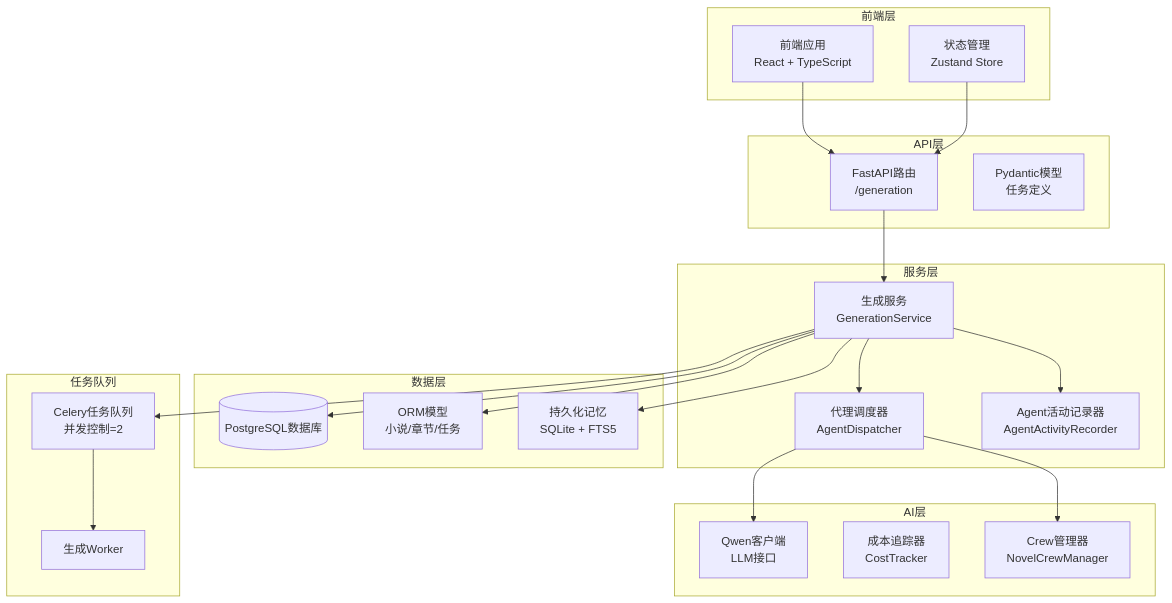
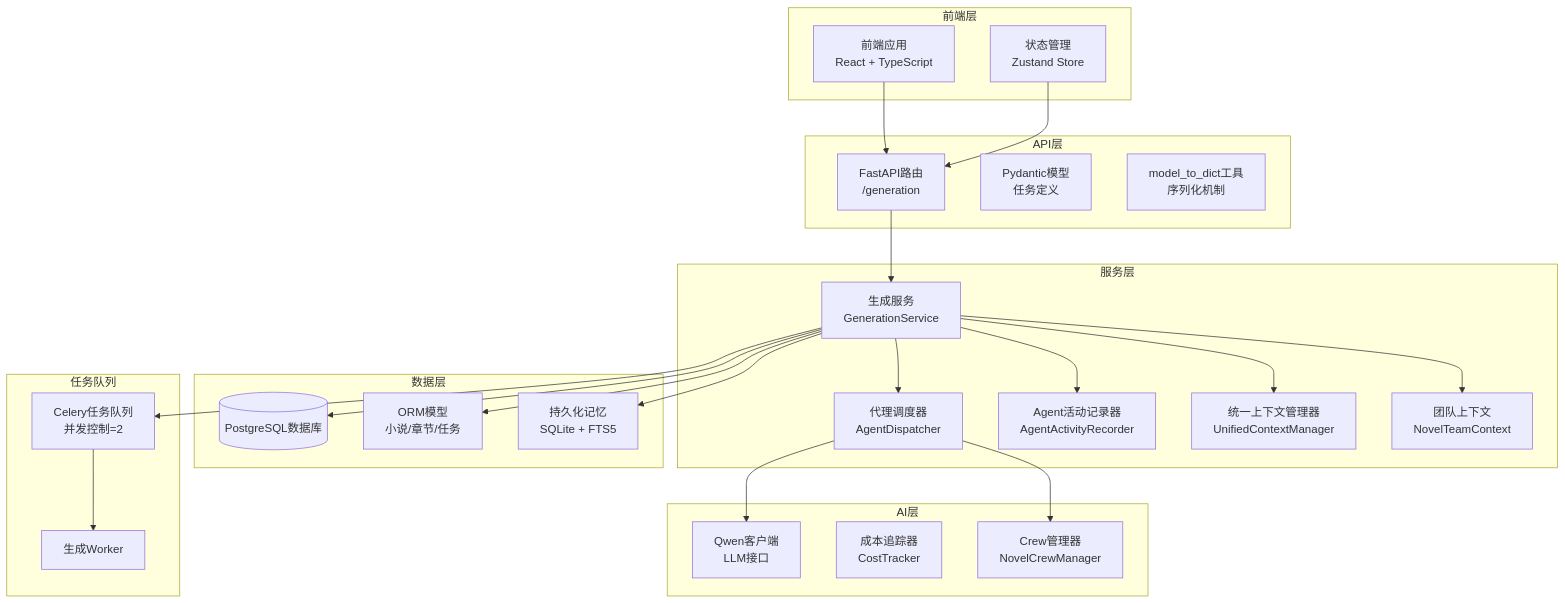
One commit to xfbyxq/ai-novel-system changed the first of 14 diagrams in .qoder/repowiki/zh/content/Generation Service.md. Above: the diagram before and after it, drawn with Mermaid. The commit also changed other lines of this file and 2 other files, not shown here.

````diff
--- a/.qoder/repowiki/zh/content/Generation Service.md
+++ b/.qoder/repowiki/zh/content/Generation Service.md
@@ -63,42 +62,47 @@
 ```mermaid
 graph TB
 subgraph "前端层"
 FE[前端应用<br/>React + TypeScript]
 Store[状态管理<br/>Zustand Store]
 end
 subgraph "API层"
 API[FastAPI路由<br/>/generation]
 Schema[Pydantic模型<br/>任务定义]
+ModelToDict[model_to_dict工具<br/>序列化机制]
 end
 subgraph "服务层"
 GS[生成服务<br/>GenerationService]
 AD[代理调度器<br/>AgentDispatcher]
 AAR[Agent活动记录器<br/>AgentActivityRecorder]
+UCM[统一上下文管理器<br/>UnifiedContextManager]
+TC[团队上下文<br/>NovelTeamContext]
 end
 subgraph "AI层"
 QC[Qwen客户端<br/>LLM接口]
 CT[成本追踪器<br/>CostTracker]
 CM[Crew管理器<br/>NovelCrewManager]
 end
 subgraph "数据层"
 DB[(PostgreSQL数据库)]
 Model[ORM模型<br/>小说/章节/任务]
 PM[持久化记忆<br/>SQLite + FTS5]
 end
 subgraph "任务队列"
 Celery[Celery任务队列<br/>并发控制=2]
 Worker[生成Worker]
 end
 FE --> API
 Store --> API
 API --> GS
 GS --> AD
 GS --> AAR
+GS --> UCM
+GS --> TC
 AD --> QC
 AD --> CM
 GS --> DB
 GS --> PM
 GS --> Model
 GS --> Celery
 Celery --> Worker
 ```
````
